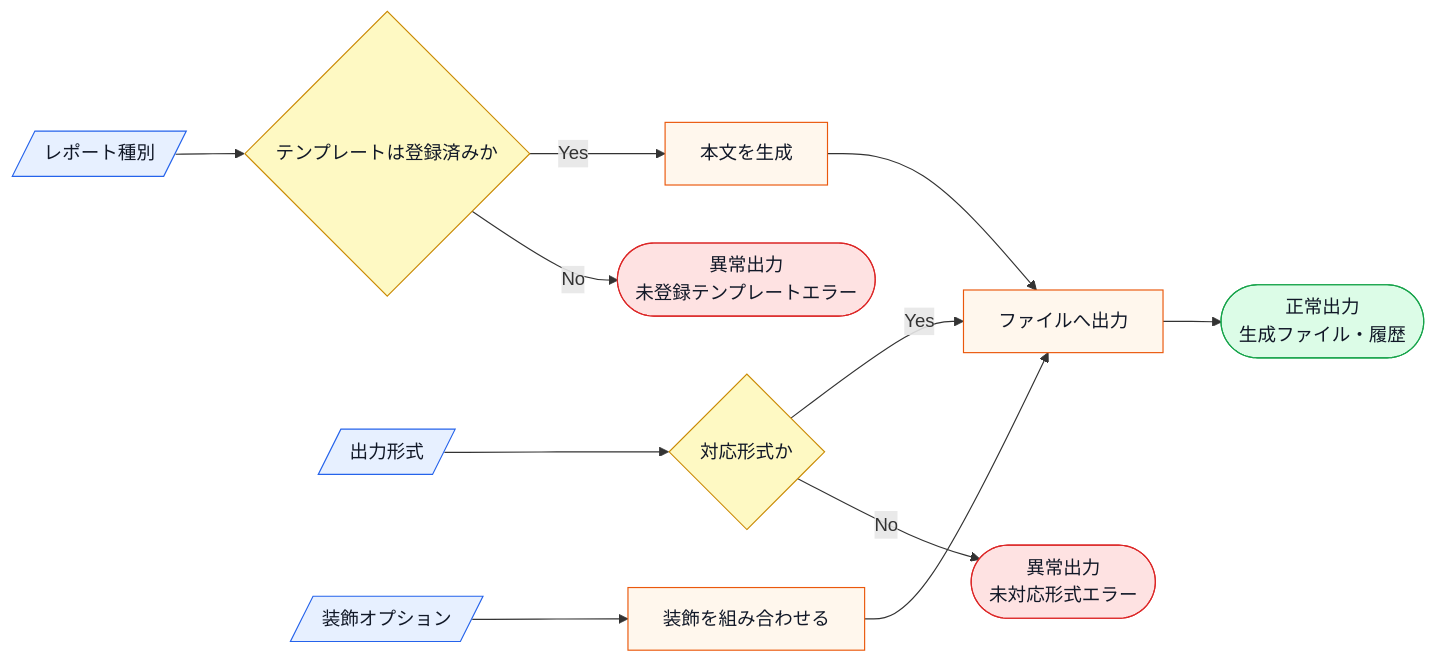
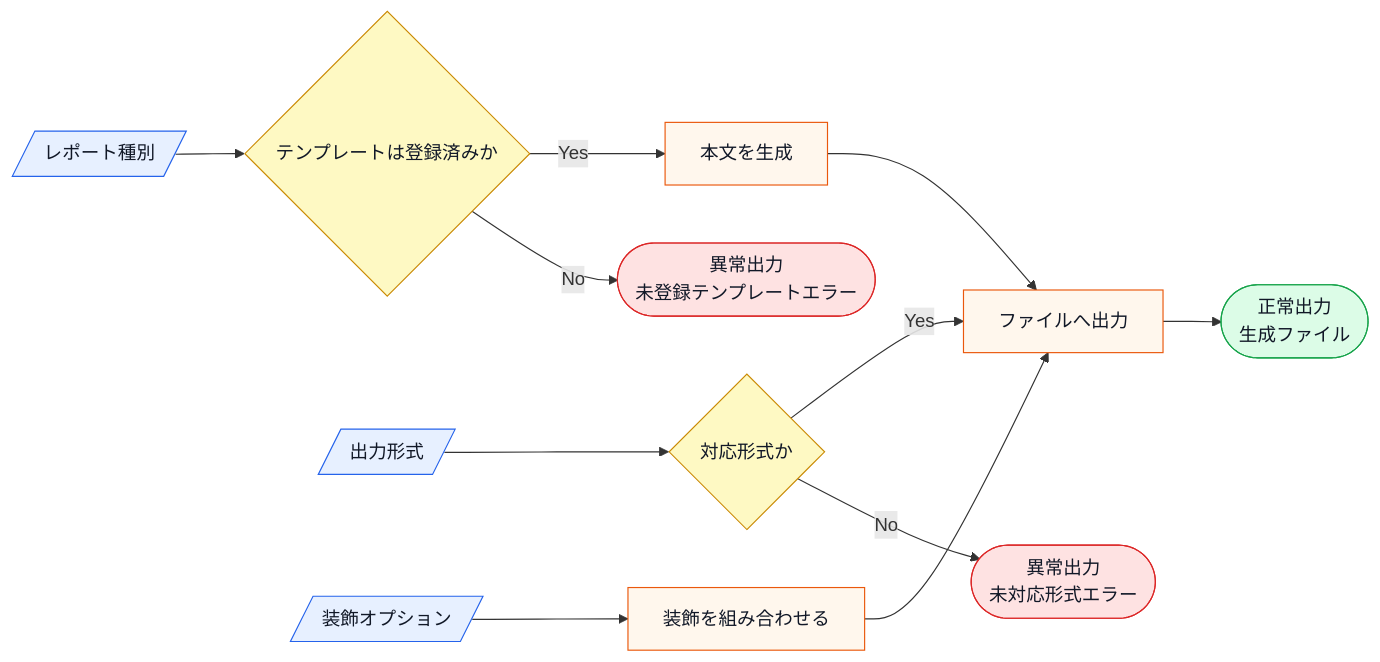
One commit to kumachan1101-pixel/DesignPattern changed the first of 8 diagrams in kindle/design-patterns/output/chapter11.md. Above: the diagram before and after it, drawn with Mermaid. The commit also changed other lines of this file and 14 other files, not shown here.

````diff
--- a/kindle/design-patterns/output/chapter11.md
+++ b/kindle/design-patterns/output/chapter11.md
@@ -39,19 +46,19 @@
 ```mermaid
 flowchart LR
     A[/レポート種別/]:::input --> B{テンプレートは登録済みか}:::decision
     C[/出力形式/]:::input --> D{対応形式か}:::decision
     E[/装飾オプション/]:::input --> F[装飾を組み合わせる]:::process
     B -->|Yes| G[本文を生成]:::process
     D -->|Yes| H[ファイルへ出力]:::process
     F --> H
     G --> H
-    H --> I([正常出力<br>生成ファイル・履歴]):::normal
+    H --> I([正常出力<br>生成ファイル]):::normal
     B -->|No| J([異常出力<br>未登録テンプレートエラー]):::error
     D -->|No| K([異常出力<br>未対応形式エラー]):::error
 
     classDef input fill:#e7f0ff,stroke:#2563eb,color:#111827;
     classDef process fill:#fff7ed,stroke:#ea580c,color:#111827;
     classDef decision fill:#fef9c3,stroke:#ca8a04,color:#111827;
     classDef normal fill:#dcfce7,stroke:#16a34a,color:#111827;
     classDef error fill:#fee2e2,stroke:#dc2626,color:#111827;
 ```
````
